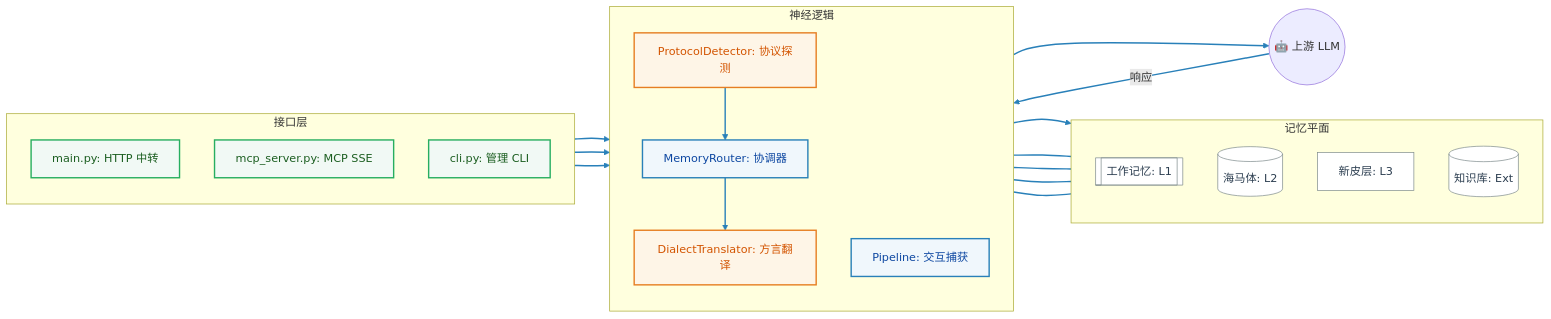
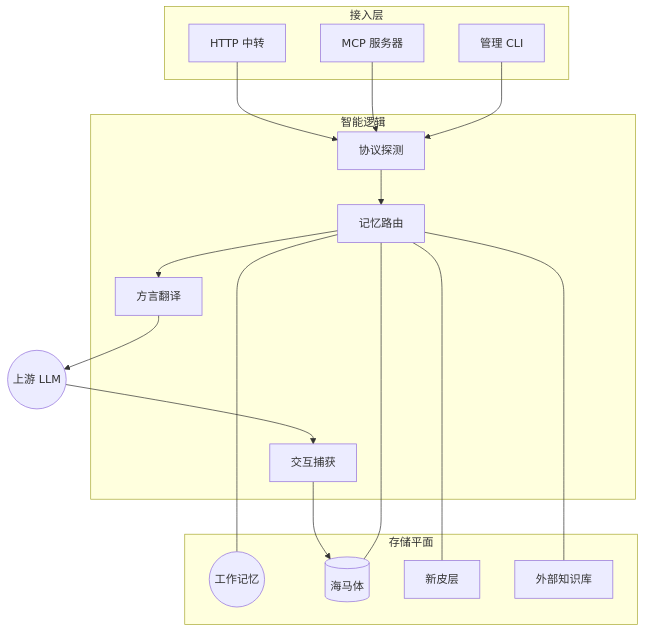
One commit to winnerineast/ClawBrain changed the diagram in README_CN.md. Above: the diagram before and after it, drawn with Mermaid. The commit also changed 1 other file, not shown here.

Commit message:
fix(docs): use ultra-compatible Mermaid graph TD syntax for architecture diagrams

````diff
--- a/README_CN.md
+++ b/README_CN.md
@@ -156,48 +156,38 @@
 ```mermaid
-flowchart LR
-    %% 专业配色方案
-    classDef interface_node stroke:#27ae60,stroke-width:2px,fill:#f1f9f5,color:#1b5e20
-    classDef gateway_node stroke:#e67e22,stroke-width:2px,fill:#fef5e7,color:#d35400
-    classDef core_node stroke:#2980b9,stroke-width:2px,fill:#f0f7fc,color:#0d47a1
-    classDef memory_node stroke:#7f8c8d,stroke-width:1px,fill:#ffffff,color:#2c3e50
-
-    subgraph Ingress [接口层]
-        direction TB
-        API[main.py: HTTP 中转]:::interface_node
-        MCP[mcp_server.py: MCP SSE]:::interface_node
-        CLI[cli.py: 管理 CLI]:::interface_node
+graph TD
+    subgraph 接入层
+        API[HTTP 中转]
+        MCP[MCP 服务器]
+        CLI[管理 CLI]
     end
 
-    subgraph Logic [神经逻辑]
-        direction TB
-        Detector[ProtocolDetector: 协议探测]:::gateway_node
-        Router[MemoryRouter: 协调器]:::core_node
-        Translator[DialectTranslator: 方言翻译]:::gateway_node
-        Pipe[Pipeline: 交互捕获]:::core_node
+    subgraph 智能逻辑
+        Detector[协议探测]
+        Router[记忆路由]
+        Translator[方言翻译]
+        Pipe[交互捕获]
     end
 
-    subgraph Storage [记忆平面]
-        direction TB
-        L1[[工作记忆: L1]]:::memory_node
-        L2[(海马体: L2)]:::memory_node
-        L3[新皮层: L3]:::memory_node
-        Ext[(知识库: Ext)]:::memory_node
+    subgraph 存储平面
+        L1((工作记忆))
+        L2[(海马体)]
+        L3[新皮层]
+        Ext[外部知识库]
     end
 
-    %% 流程：具体的节点间链接最稳定
-    API & MCP & CLI --> Detector
+    API --> Detector
+    MCP --> Detector
+    CLI --> Detector
+    
     Detector --> Router
     Router --> Translator
-    Translator --> LLM((🤖 上游 LLM))
-    LLM -- 响应 --> Pipe
+    Translator --> LLM((上游 LLM))
+    
+    LLM --> Pipe
     Pipe --> L2
-
-    %% 记忆协调（非定向链接以保证布局稳定性）
+    
     Router --- L1
     Router --- L2
     Router --- L3
     Router --- Ext
-
-    %% 全局连线样式
-    linkStyle default stroke:#2980b9,stroke-width:2px
 ```
````
